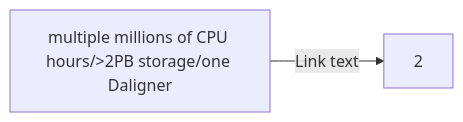
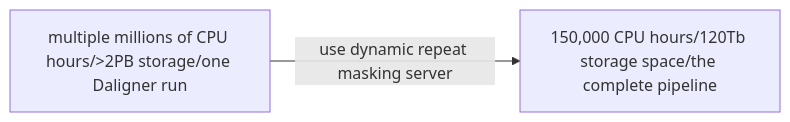
Before and after one commit to Luming-L/NGG: the third of 3 diagrams in presentation.md, drawn with Mermaid. The commit also changed other lines of this file, not shown here.

````diff
--- a/presentation.md
+++ b/presentation.md
@@ -192,4 +192,4 @@
 ```mermaid
 graph LR
-A[multiple millions of CPU hours/>2PB storage/one Daligner] -- Link text --> B[2]
+A[multiple millions of CPU hours/>2PB storage/one Daligner run] -- use dynamic repeat masking server --> B[150,000 CPU hours/120Tb storage space/the complete pipeline]
 ```
````
